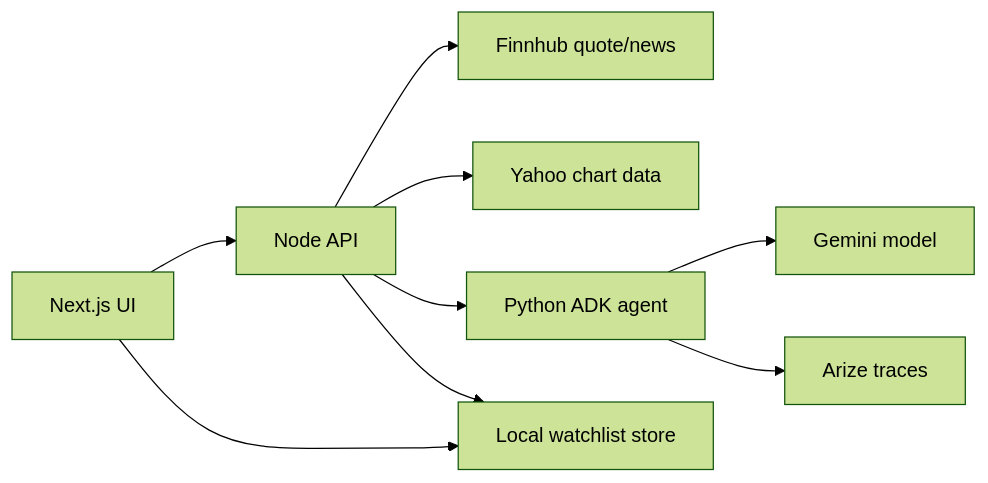
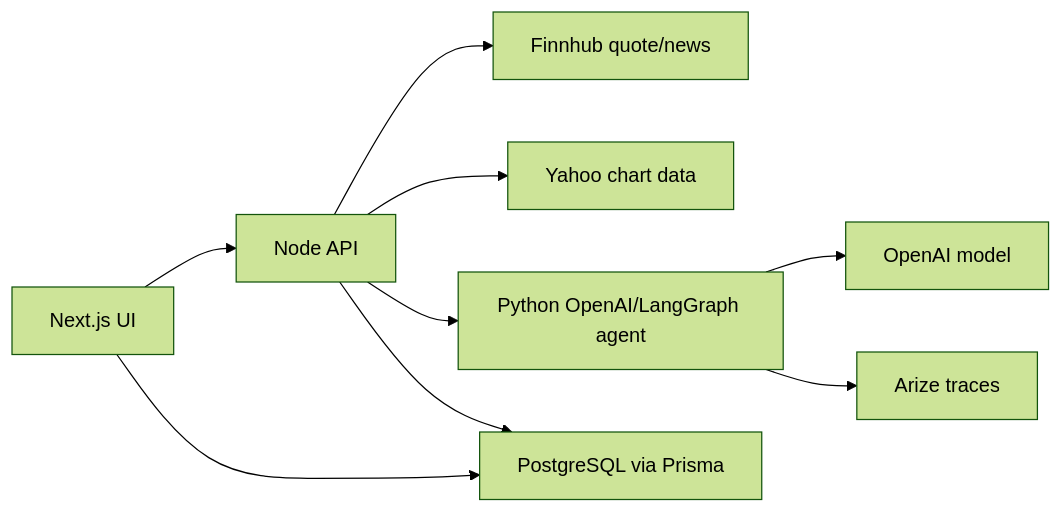
The diagram in README.md (mastroevan/shadow-trader), drawn with Mermaid (forest theme) before and after one commit. The commit also changed other lines of this file and 44 other files, not shown here.

Commit message:
updated agent to use openai instead of gemini. and then cleaned up code base to remove all dead code

````diff
--- a/README.md
+++ b/README.md
@@ -23,11 +23,11 @@
 ```mermaid
 flowchart LR
   UI["Next.js UI"] --> API["Node API"]
   API --> Finnhub["Finnhub quote/news"]
   API --> Yahoo["Yahoo chart data"]
-  API --> Agent["Python ADK agent"]
-  Agent --> Gemini["Gemini model"]
+  API --> Agent["Python OpenAI/LangGraph agent"]
+  Agent --> OpenAI["OpenAI model"]
   Agent --> Arize["Arize traces"]
-  API --> Watchlist["Local watchlist store"]
-  UI --> Watchlist
+  API --> Postgres["PostgreSQL via Prisma"]
+  UI --> Postgres
 ```
````
